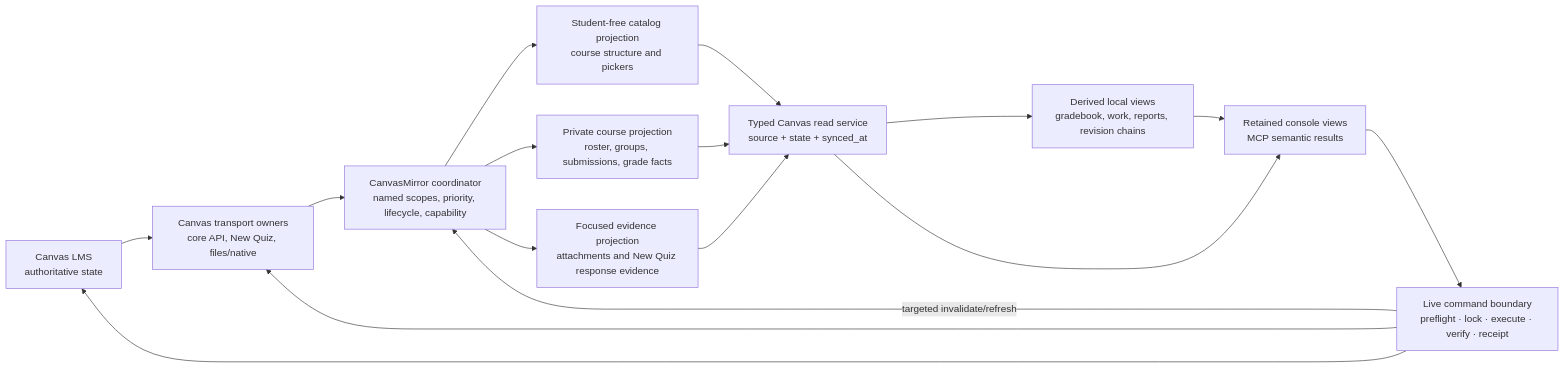
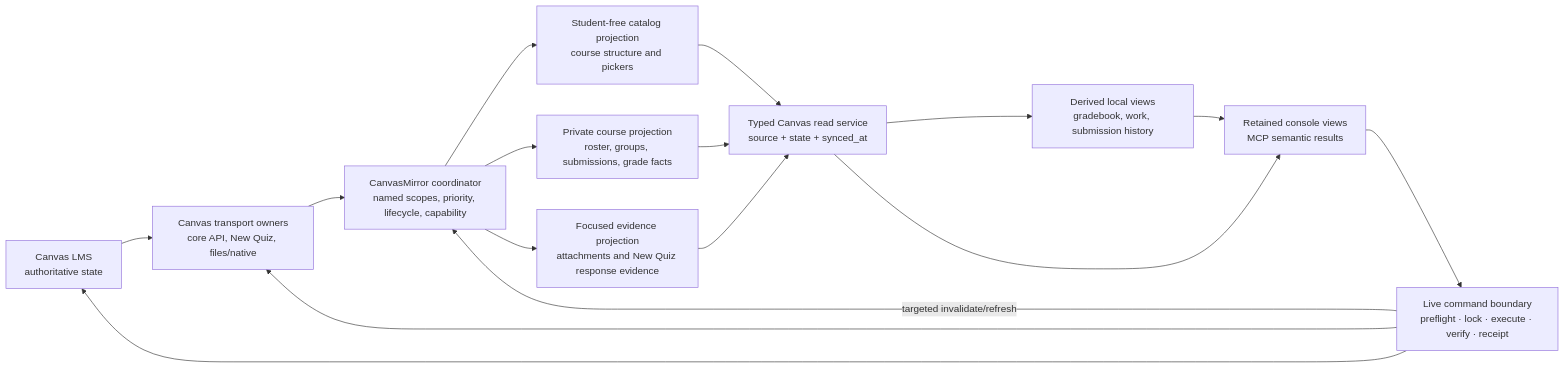
One commit to longhornteacher/canvasexpert changed the diagram in docs/reference/canvasmirror-1.0beta-information-spine.md. Above: the diagram before and after it, drawn with Mermaid. The commit also changed other lines of this file and 52 other files, not shown here.

````diff
--- a/docs/reference/canvasmirror-1.0beta-information-spine.md
+++ b/docs/reference/canvasmirror-1.0beta-information-spine.md
@@ -242,33 +238,33 @@
 ```mermaid
 flowchart LR
     Canvas["Canvas LMS<br/>authoritative state"]
     Transport["Canvas transport owners<br/>core API, New Quiz, files/native"]
     Coordinator["CanvasMirror coordinator<br/>named scopes, priority, lifecycle, capability"]
 
     Catalog["Student-free catalog projection<br/>course structure and pickers"]
     Private["Private course projection<br/>roster, groups, submissions, grade facts"]
     Evidence["Focused evidence projection<br/>attachments and New Quiz response evidence"]
-    Views["Derived local views<br/>gradebook, work, reports, revision chains"]
+    Views["Derived local views<br/>gradebook, work, submission history"]
 
     ReadService["Typed Canvas read service<br/>source + state + synced_at"]
     UI["Retained console views<br/>MCP semantic results"]
 
     Commands["Live command boundary<br/>preflight · lock · execute · verify · receipt"]
 
     Canvas --> Transport
     Transport --> Coordinator
     Coordinator --> Catalog
     Coordinator --> Private
     Coordinator --> Evidence
     Catalog --> ReadService
     Private --> ReadService
     Evidence --> ReadService
     ReadService --> Views
     Views --> UI
     ReadService --> UI
 
     UI --> Commands
     Commands --> Transport
     Commands --> Canvas
     Commands -->|"targeted invalidate/refresh"| Coordinator
 ```
````
